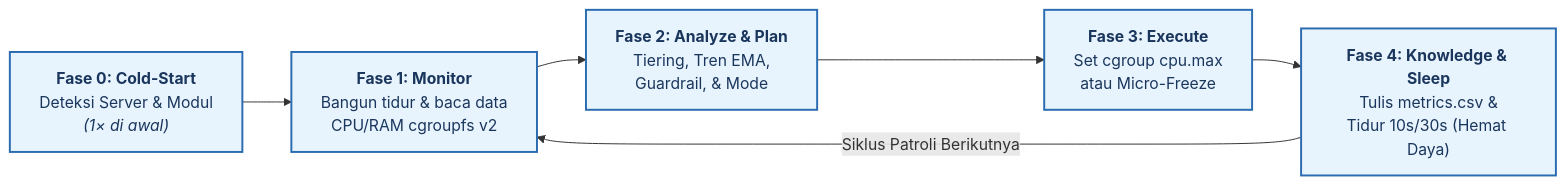
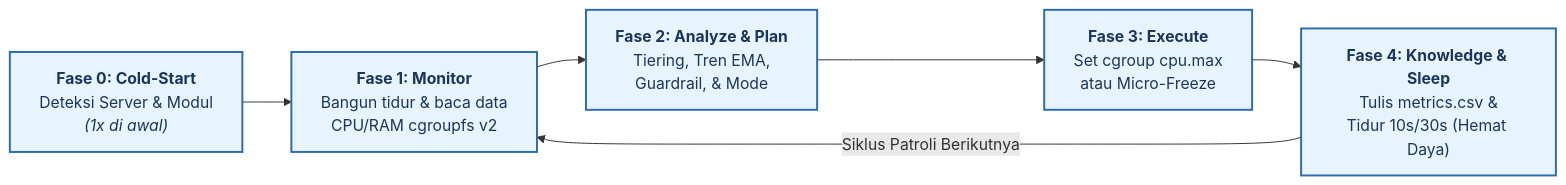
One commit to fauzanreza/green-container-framework changed the first of 3 diagrams in architecture-diagrams/00-concept/main_control_loop.md. Above: the diagram before and after it, drawn with Mermaid. The commit also changed other lines of this file, not shown here.

````diff
--- a/architecture-diagrams/00-concept/main_control_loop.md
+++ b/architecture-diagrams/00-concept/main_control_loop.md
@@ -15,11 +15,10 @@
 ```mermaid
 flowchart LR
-    P0["<b>Fase 0: Cold-Start</b><br/>Deteksi Server & Modul<br/><i>(1× di awal)</i>"] --> P1["<b>Fase 1: Monitor</b><br/>Bangun tidur & baca data<br/>CPU/RAM cgroupfs v2"]
-    P1 --> P2["<b>Fase 2: Analyze & Plan</b><br/>Tiering, Tren EMA,<br/>Guardrail, & Mode"]
-    P2 --> P3["<b>Fase 3: Execute</b><br/>Set cgroup cpu.max<br/>atau Micro-Freeze"]
-    P3 --> P4["<b>Fase 4: Knowledge & Sleep</b><br/>Tulis metrics.csv &<br/>Tidur 10s/30s (Hemat Daya)"]
+    P0["<b>Fase 0: Cold-Start</b><br/>Deteksi Server & Modul<br/><i>(1x di awal)</i>"]:::phase --> P1["<b>Fase 1: Monitor</b><br/>Bangun tidur & baca data<br/>CPU/RAM cgroupfs v2"]:::phase
+    P1 --> P2["<b>Fase 2: Analyze & Plan</b><br/>Tiering, Tren EMA,<br/>Guardrail, & Mode"]:::phase
+    P2 --> P3["<b>Fase 3: Execute</b><br/>Set cgroup cpu.max<br/>atau Micro-Freeze"]:::phase
+    P3 --> P4["<b>Fase 4: Knowledge & Sleep</b><br/>Tulis metrics.csv &<br/>Tidur 10s/30s (Hemat Daya)"]:::phase
     P4 -->|Siklus Patroli Berikutnya| P1
 
     classDef phase fill:#e8f4fd,stroke:#2b6cb0,stroke-width:2px,color:#1a365d;
-    class P0,P1,P2,P3,P4 phase;
 ```
````
